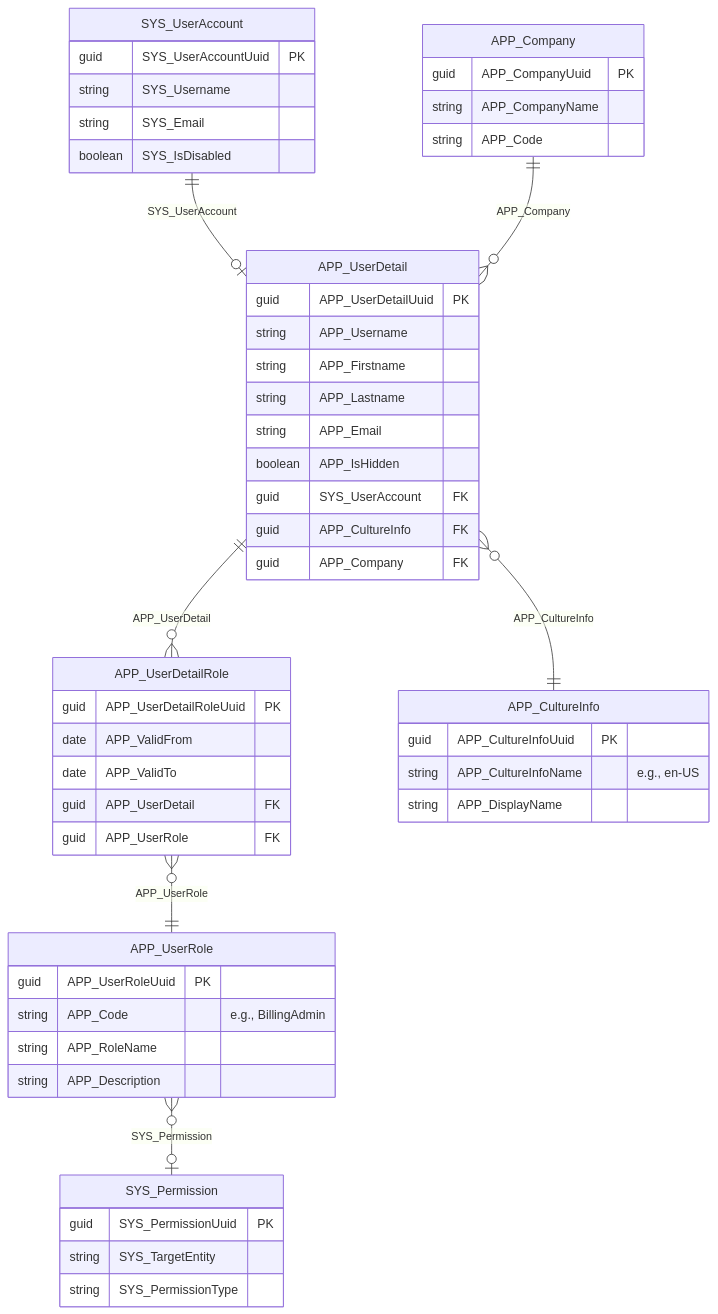
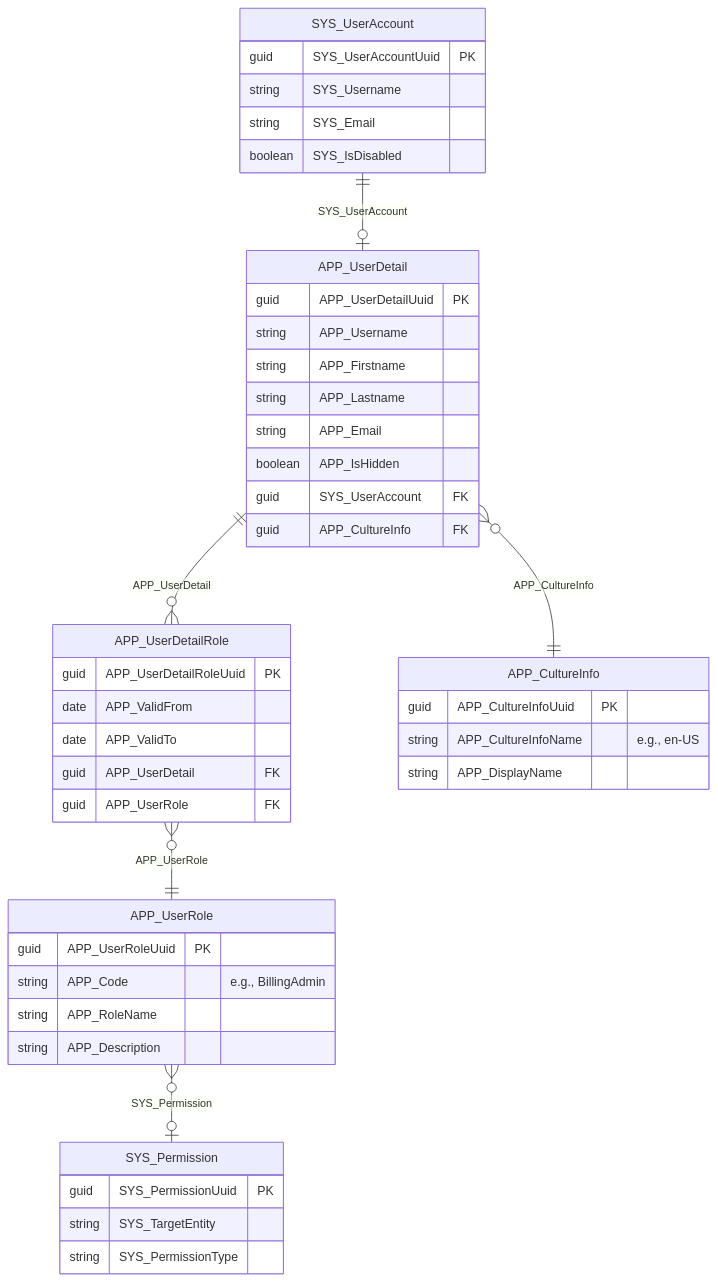
One commit to software-architects/time-cockpit-documentation changed the third of 4 diagrams in doc/data-model/entity-relationships.md. Above: the diagram before and after it, drawn with Mermaid. The commit also changed other lines of this file, not shown here.

Commit message:
Refactor entity relationships by removing APP_Company references from APP_UserDetail and SYS_UserAccount, clarifying the data model structure.

````diff
--- a/doc/data-model/entity-relationships.md
+++ b/doc/data-model/entity-relationships.md
@@ -292,61 +292,52 @@
 ```mermaid
 erDiagram
     SYS_UserAccount ||--o| APP_UserDetail : "SYS_UserAccount"
     APP_UserDetail ||--o{ APP_UserDetailRole : "APP_UserDetail"
     APP_UserDetailRole }o--|| APP_UserRole : "APP_UserRole"
     APP_UserRole }o--o| SYS_Permission : "SYS_Permission"
     APP_UserDetail }o--|| APP_CultureInfo : "APP_CultureInfo"
-    APP_Company ||--o{ APP_UserDetail : "APP_Company"
     
     SYS_UserAccount {
         guid SYS_UserAccountUuid PK
         string SYS_Username
         string SYS_Email
         boolean SYS_IsDisabled
     }
     
     APP_UserDetail {
         guid APP_UserDetailUuid PK
         string APP_Username
         string APP_Firstname
         string APP_Lastname
         string APP_Email
         boolean APP_IsHidden
         guid SYS_UserAccount FK
         guid APP_CultureInfo FK
-        guid APP_Company FK
     }
     
     APP_UserDetailRole {
         guid APP_UserDetailRoleUuid PK
         date APP_ValidFrom
         date APP_ValidTo
         guid APP_UserDetail FK
         guid APP_UserRole FK
     }
     
     APP_UserRole {
         guid APP_UserRoleUuid PK
         string APP_Code "e.g., BillingAdmin"
         string APP_RoleName
         string APP_Description
     }
     
     APP_CultureInfo {
         guid APP_CultureInfoUuid PK
         string APP_CultureInfoName "e.g., en-US"
         string APP_DisplayName
     }
-
-    APP_Company {
-        guid APP_CompanyUuid PK
-        string APP_CompanyName
-        string APP_Code
-    }
-
     SYS_Permission {
         guid SYS_PermissionUuid PK
         string SYS_TargetEntity
         string SYS_PermissionType
     }
 ```
````
